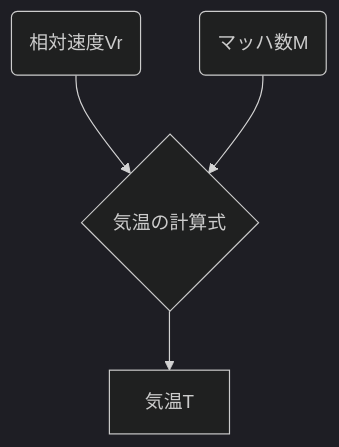
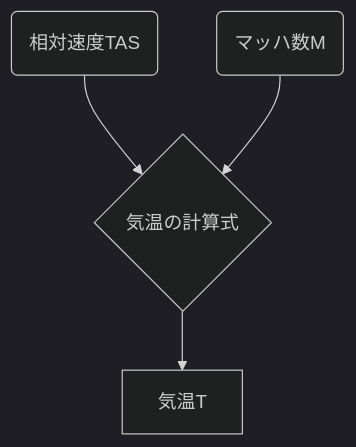
The diagram in aircraft/ads-b/README.md (nihsok/sdr), drawn with Mermaid (dark theme) before and after one commit. The commit also changed other lines of this file, not shown here.

````diff
--- a/aircraft/ads-b/README.md
+++ b/aircraft/ads-b/README.md
@@ -24,6 +46,6 @@
 ```mermaid
 flowchart TD
-  A(相対速度Vr) --> C{気温の計算式}
+  A(相対速度TAS) --> C{気温の計算式}
   B(マッハ数M) --> C
   C --> D[気温T]
 ```
````
